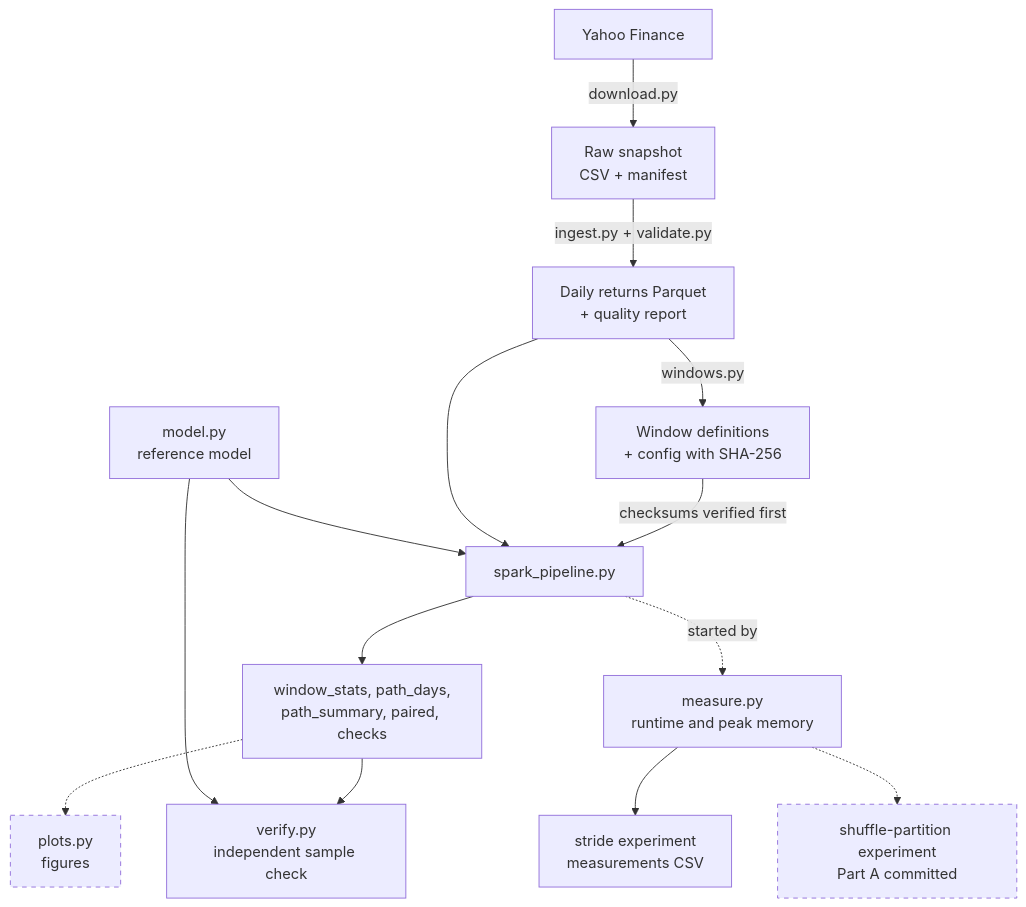
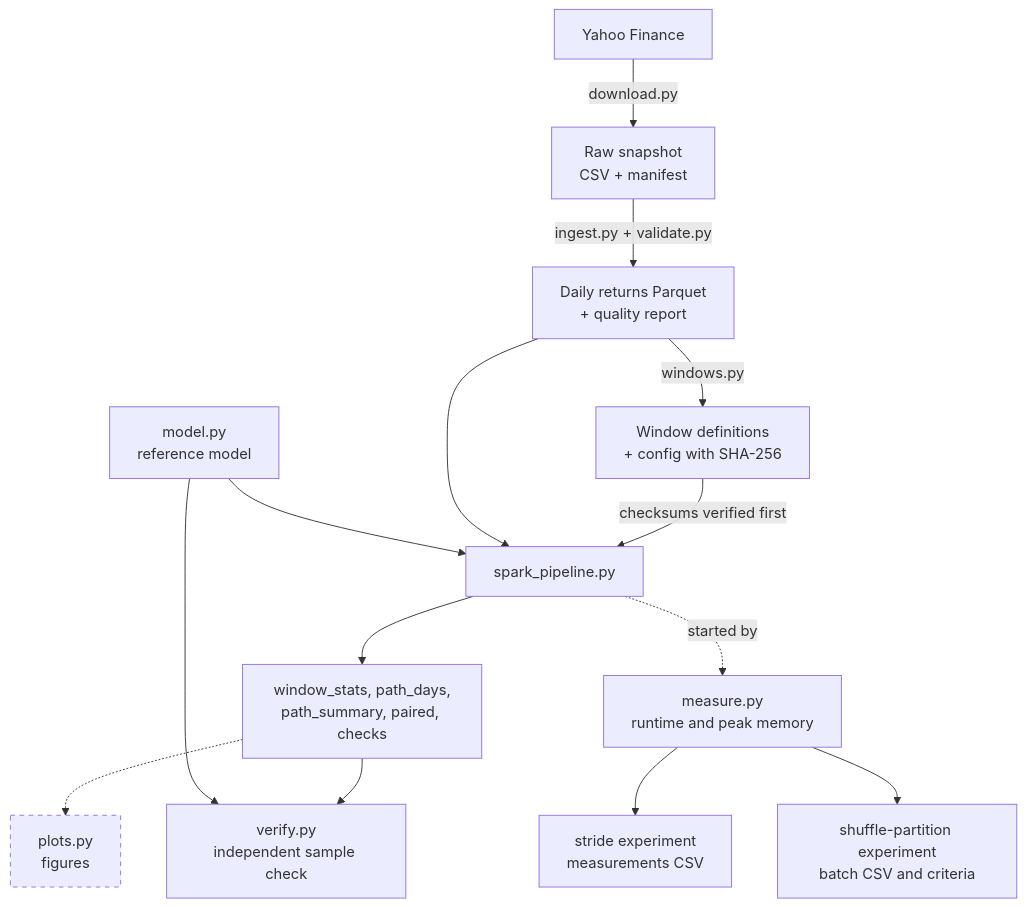
The first of 2 diagrams in docs/spec.md (kelly-0111/leveraged-etf-risk-analytics), drawn with Mermaid before and after one commit. The commit also changed other lines of this file and 1 other file, not shown here.

First line of the commit message:
Mark the shuffle-partition experiment complete in the README and spec

````diff
--- a/docs/spec.md
+++ b/docs/spec.md
@@ -176,18 +173,18 @@
 ```mermaid
 flowchart TD
     Y[Yahoo Finance] -->|download.py| R[Raw snapshot<br/>CSV + manifest]
     R -->|ingest.py + validate.py| P[Daily returns Parquet<br/>+ quality report]
     P -->|windows.py| W[Window definitions<br/>+ config with SHA-256]
     W -->|checksums verified first| S[spark_pipeline.py]
     P --> S
     M[model.py<br/>reference model] --> S
     S --> O[window_stats, path_days,<br/>path_summary, paired, checks]
     O --> V[verify.py<br/>independent sample check]
     M --> V
     S -.->|started by| B[measure.py<br/>runtime and peak memory]
     B --> E[stride experiment<br/>measurements CSV]
-    B -.-> E2[shuffle-partition experiment<br/>Part A committed]
+    B --> E2[shuffle-partition experiment<br/>batch CSV and criteria]
     O -.-> F[plots.py<br/>figures]
     classDef planned stroke-dasharray: 5 5
-    class E2,F planned
+    class F planned
 ```
````
